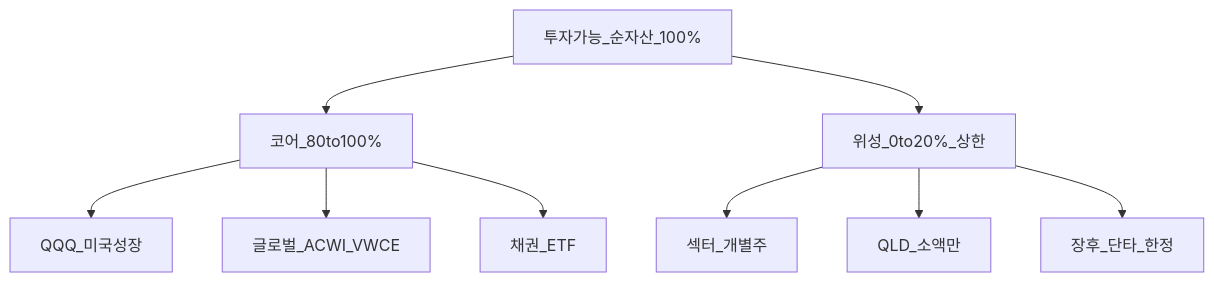
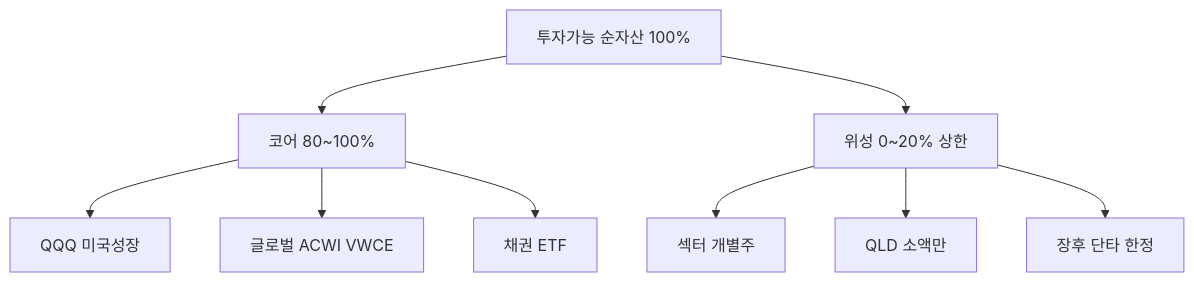
Before and after one commit to goldanghenry/Finances: the first of 2 diagrams in 04-portfolio/core-satellite-framework.md, drawn with Mermaid. The commit also changed other lines of this file and 211 other files, not shown here.

````diff
--- a/04-portfolio/core-satellite-framework.md
+++ b/04-portfolio/core-satellite-framework.md
@@ -104,12 +102,12 @@
 ```mermaid
 flowchart TB
-  Total[투자가능_순자산_100%]
-  Total --> Core[코어_80to100%]
-  Total --> Sat[위성_0to20%_상한]
-  Core --> QQQ[QQQ_미국성장]
-  Core --> Global[글로벌_ACWI_VWCE]
-  Core --> Bond[채권_ETF]
-  Sat --> Theme[섹터_개별주]
-  Sat --> QLD_slot[QLD_소액만]
-  Sat --> NXT[장후_단타_한정]
+  Total["투자가능 순자산 100%"]
+  Total --> Core["코어 80~100%"]
+  Total --> Sat["위성 0~20% 상한"]
+  Core --> QQQ["QQQ 미국성장"]
+  Core --> Global["글로벌 ACWI VWCE"]
+  Core --> Bond["채권 ETF"]
+  Sat --> Theme["섹터 개별주"]
+  Sat --> QLD_slot["QLD 소액만"]
+  Sat --> NXT["장후 단타 한정"]
 ```
````
